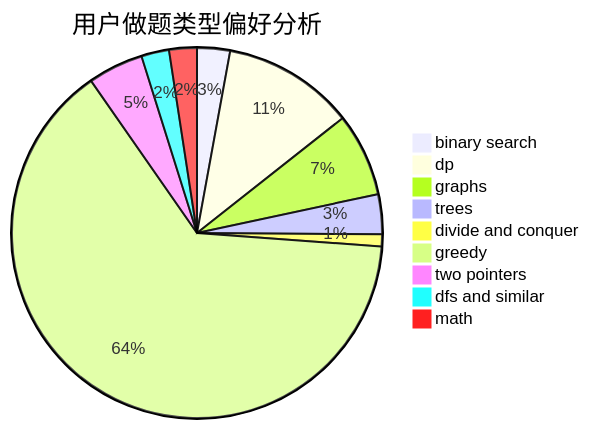
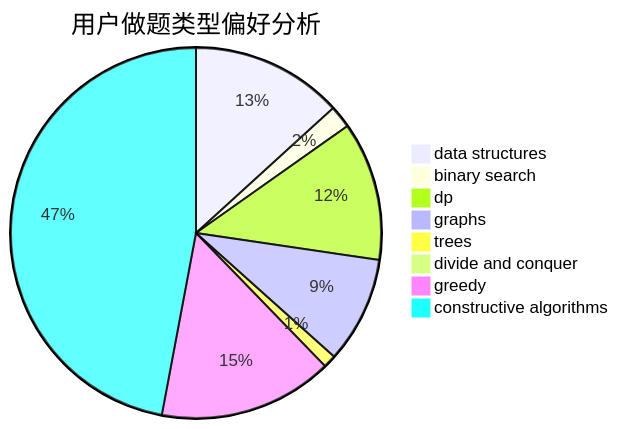
One commit to sherpahu/cfrs.github.io changed the second of 3 diagrams in docs/user/u2226.md. Above: the diagram before and after it, drawn with Mermaid. The commit also changed other lines of this file and 2775 other files, not shown here.

````diff
--- a/docs/user/u2226.md
+++ b/docs/user/u2226.md
@@ -23,12 +23,11 @@
 ```mermaid
 pie title 用户做题类型偏好分析
-    "binary search" :  19
-    "dp" :  76
-    "graphs" :  48
-    "trees" :  23
-    "divide and conquer" :  7
-    "greedy" :  424
-    "two pointers" :  32
-    "dfs and similar" :  16
-    "math" :  16
+    "data structures" :  47
+    "binary search" :  7
+    "dp" :  43
+    "graphs" :  33
+    "trees" :  4
+    "divide and conquer" :  0
+    "greedy" :  54
+    "constructive algorithms" :  167
 ```
````
